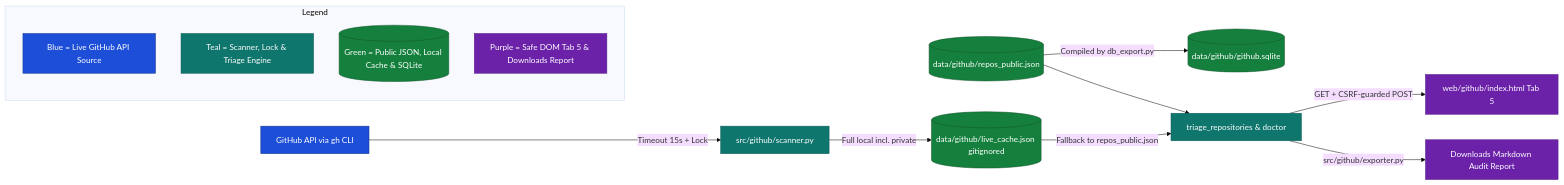
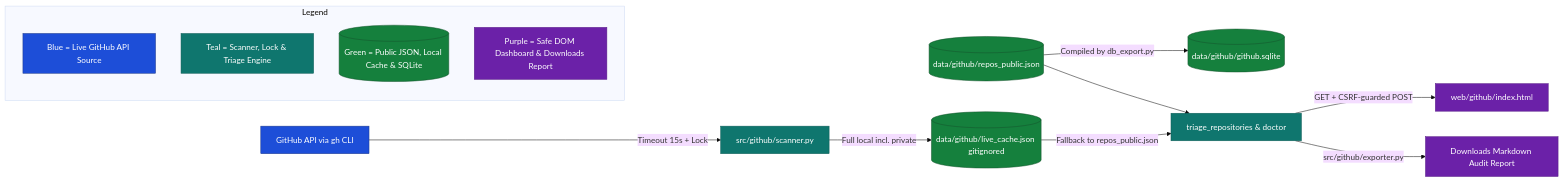
One commit to Mostakim2005/database-manager changed diagram 12 of 12 in docs/ARCHITECTURE.md. Above: the diagram before and after it, drawn with Mermaid (base theme). The commit also changed other lines of this file and 54 other files, not shown here.

````diff
--- a/docs/ARCHITECTURE.md
+++ b/docs/ARCHITECTURE.md
@@ -326,23 +354,23 @@
 ```mermaid
 flowchart LR
     %% Color Definitions
     classDef startNode fill:#1d4ed8,stroke:#1e3a8a,color:#ffffff
     classDef processNode fill:#0f766e,stroke:#115e59,color:#ffffff
     classDef dataNode fill:#15803d,stroke:#14532d,color:#ffffff
     classDef outNode fill:#6b21a8,stroke:#581c87,color:#ffffff
 
     GHCLI[GitHub API via gh CLI]:::startNode -->|Timeout 15s + Lock| SCAN[src/github/scanner.py]:::processNode
     SCAN -->|Full local incl. private| LIVE[(data/github/live_cache.json gitignored)]:::dataNode
     PUB[(data/github/repos_public.json)]:::dataNode -->|Compiled by db_export.py| SQL[(data/github/github.sqlite)]:::dataNode
     LIVE -->|Fallback to repos_public.json| TRI[triage_repositories & doctor]:::processNode
     PUB --> TRI
-    TRI -->|GET + CSRF-guarded POST| UI[web/github/index.html Tab 5]:::outNode
+    TRI -->|GET + CSRF-guarded POST| UI[web/github/index.html]:::outNode
     TRI -->|src/github/exporter.py| RPT[Downloads Markdown Audit Report]:::outNode
 
     subgraph Legend["Legend"]
         L1[Blue = Live GitHub API Source]:::startNode
         L2[Teal = Scanner, Lock & Triage Engine]:::processNode
         L3[(Green = Public JSON, Local Cache & SQLite)]:::dataNode
-        L4[Purple = Safe DOM Tab 5 & Downloads Report]:::outNode
+        L4[Purple = Safe DOM Dashboard & Downloads Report]:::outNode
     end
 ```
````
